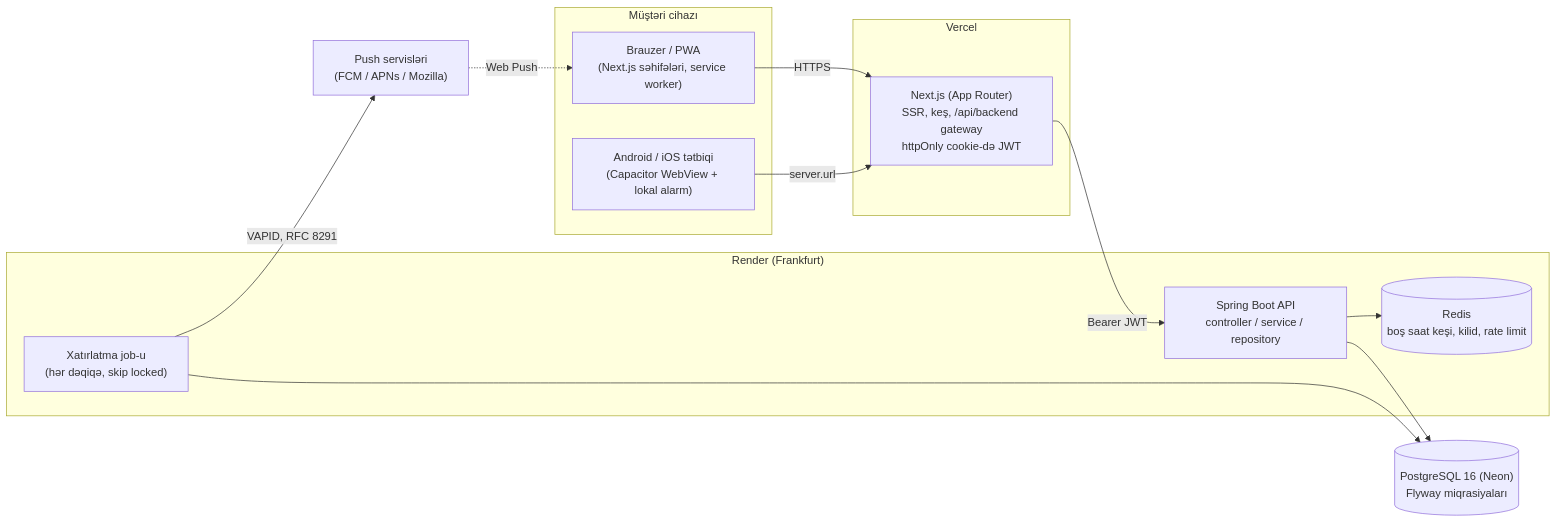
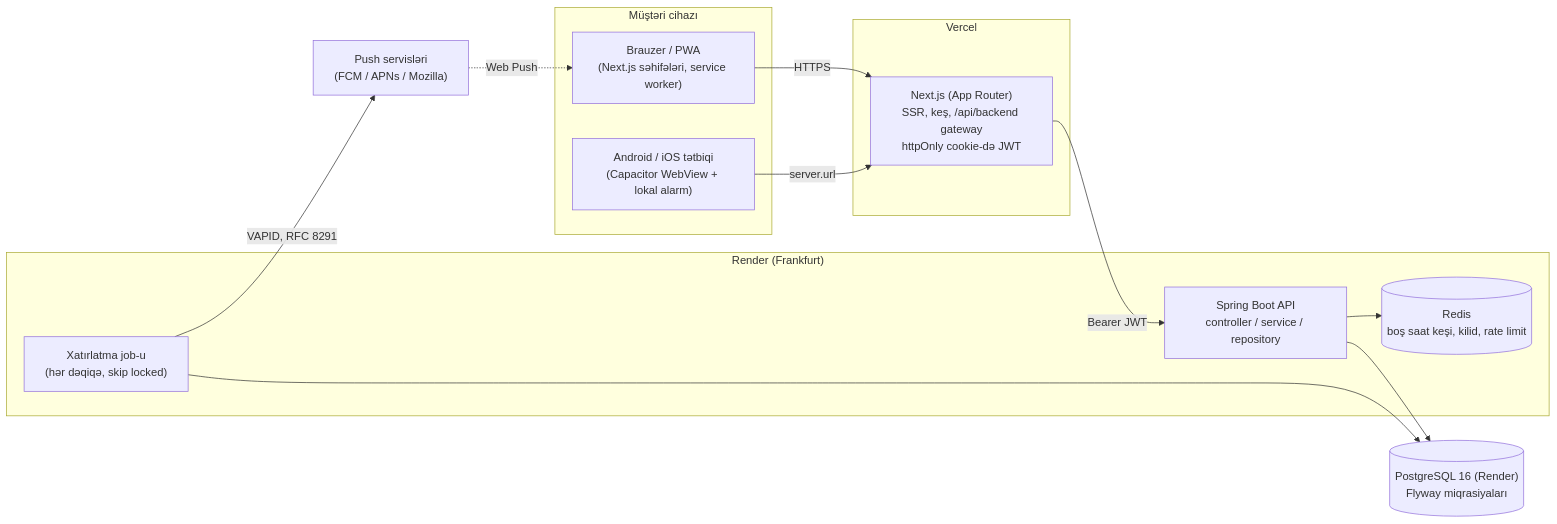
The diagram in README.md (codelady-ship/planera), drawn with Mermaid before and after one commit. The commit also changed other lines of this file and 1 other file, not shown here.

First line of the commit message:
chore(render): Blueprint creates the PostgreSQL database too

````diff
--- a/README.md
+++ b/README.md
@@ -18,26 +18,26 @@
 ```mermaid
 flowchart LR
     subgraph Client["Müştəri cihazı"]
         B["Brauzer / PWA<br/>(Next.js səhifələri, service worker)"]
         M["Android / iOS tətbiqi<br/>(Capacitor WebView + lokal alarm)"]
     end
     subgraph Vercel["Vercel"]
         N["Next.js (App Router)<br/>SSR, keş, /api/backend gateway<br/>httpOnly cookie-də JWT"]
     end
     subgraph Render["Render (Frankfurt)"]
         A["Spring Boot API<br/>controller / service / repository"]
         R[("Redis<br/>boş saat keşi, kilid, rate limit")]
         J["Xatırlatma job-u<br/>(hər dəqiqə, skip locked)"]
     end
-    D[("PostgreSQL 16 (Neon)<br/>Flyway miqrasiyaları")]
+    D[("PostgreSQL 16 (Render)<br/>Flyway miqrasiyaları")]
     P["Push servisləri<br/>(FCM / APNs / Mozilla)"]
 
     B -->|HTTPS| N
     M -->|server.url| N
     N -->|Bearer JWT| A
     A --> R
     A --> D
     J --> D
     J -->|VAPID, RFC 8291| P
     P -.->|Web Push| B
 ```
````
